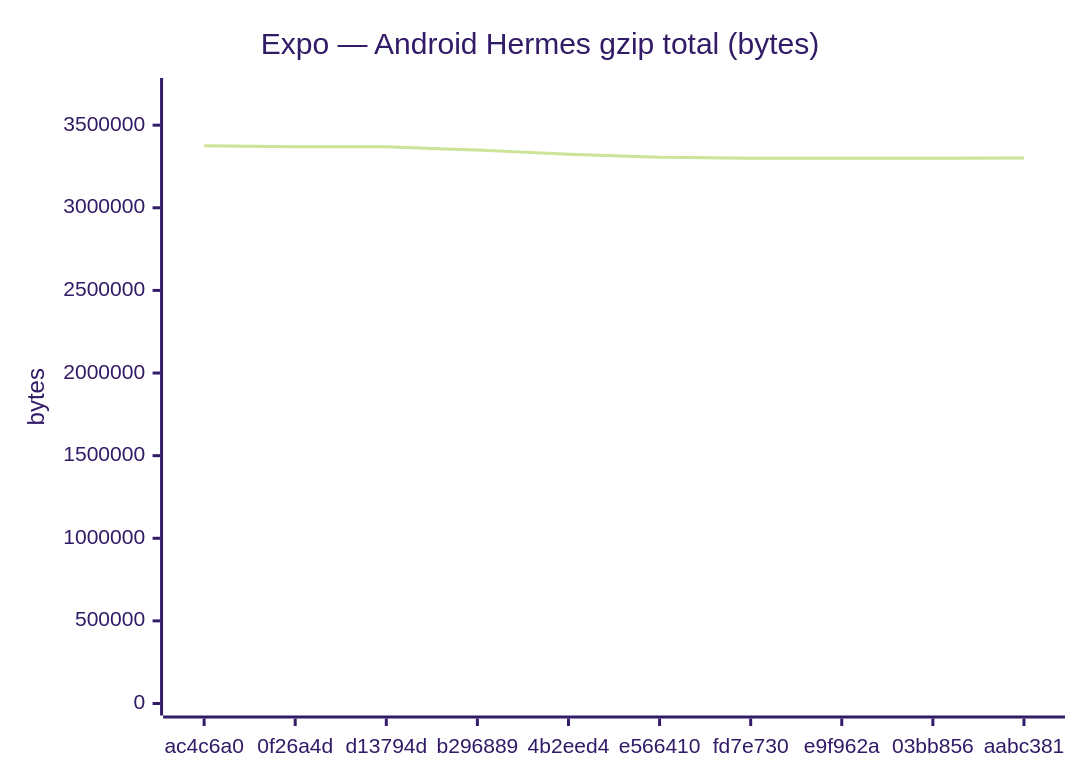
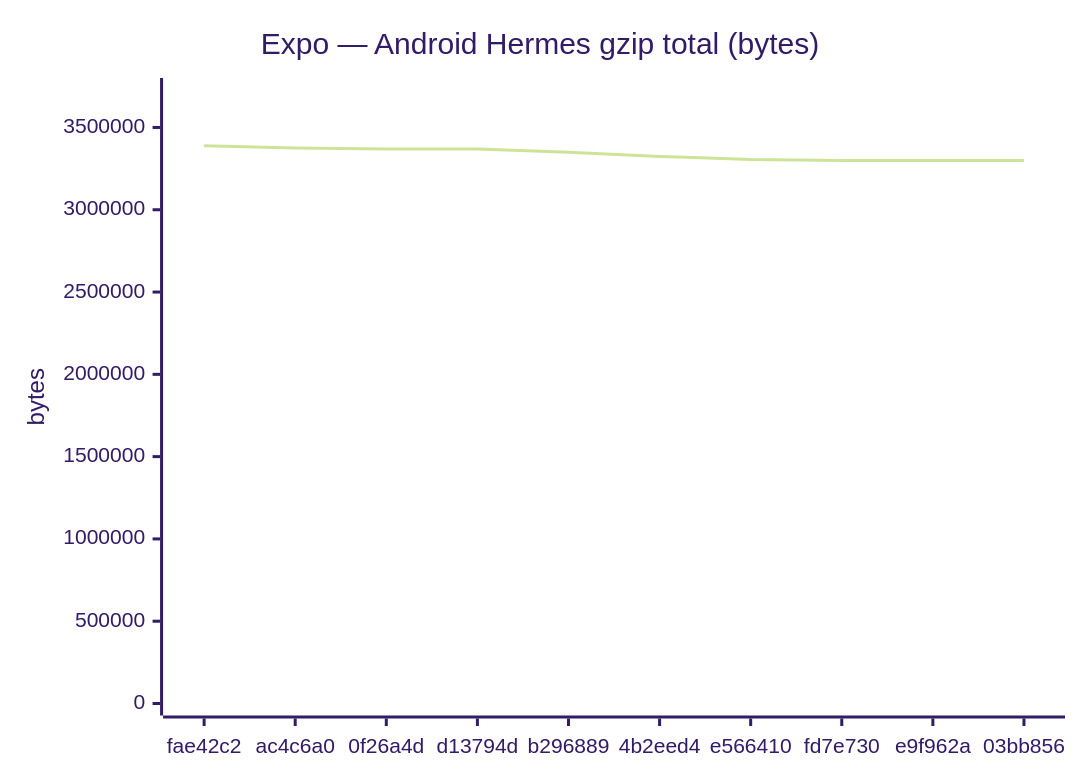
Before and after one commit to Metaheurist/Rianell: the fifth of 18 diagrams in benchmarks/compare.md, drawn with Mermaid (forest theme). The commit also changed other lines of this file and 11 other files, not shown here.

````diff
--- a/benchmarks/compare.md
+++ b/benchmarks/compare.md
@@ -89,7 +89,7 @@
 ```mermaid
 xychart-beta
     title "Expo — Android Hermes gzip total (bytes)"
-    x-axis ["ac4c6a0", "0f26a4d", "d13794d", "b296889", "4b2eed4", "e566410", "fd7e730", "e9f962a", "03bb856", "aabc381"]
-    y-axis "bytes" 0 --> 3712831
-    line [3375300, 3368860, 3368861, 3349208, 3324082, 3305549, 3300038, 3300034, 3300038, 3300630]
+    x-axis ["fae42c2", "ac4c6a0", "0f26a4d", "d13794d", "b296889", "4b2eed4", "e566410", "fd7e730", "e9f962a", "03bb856"]
+    y-axis "bytes" 0 --> 3727642
+    line [3388765, 3375300, 3368860, 3368861, 3349208, 3324082, 3305549, 3300038, 3300034, 3300038]
 ```
````
